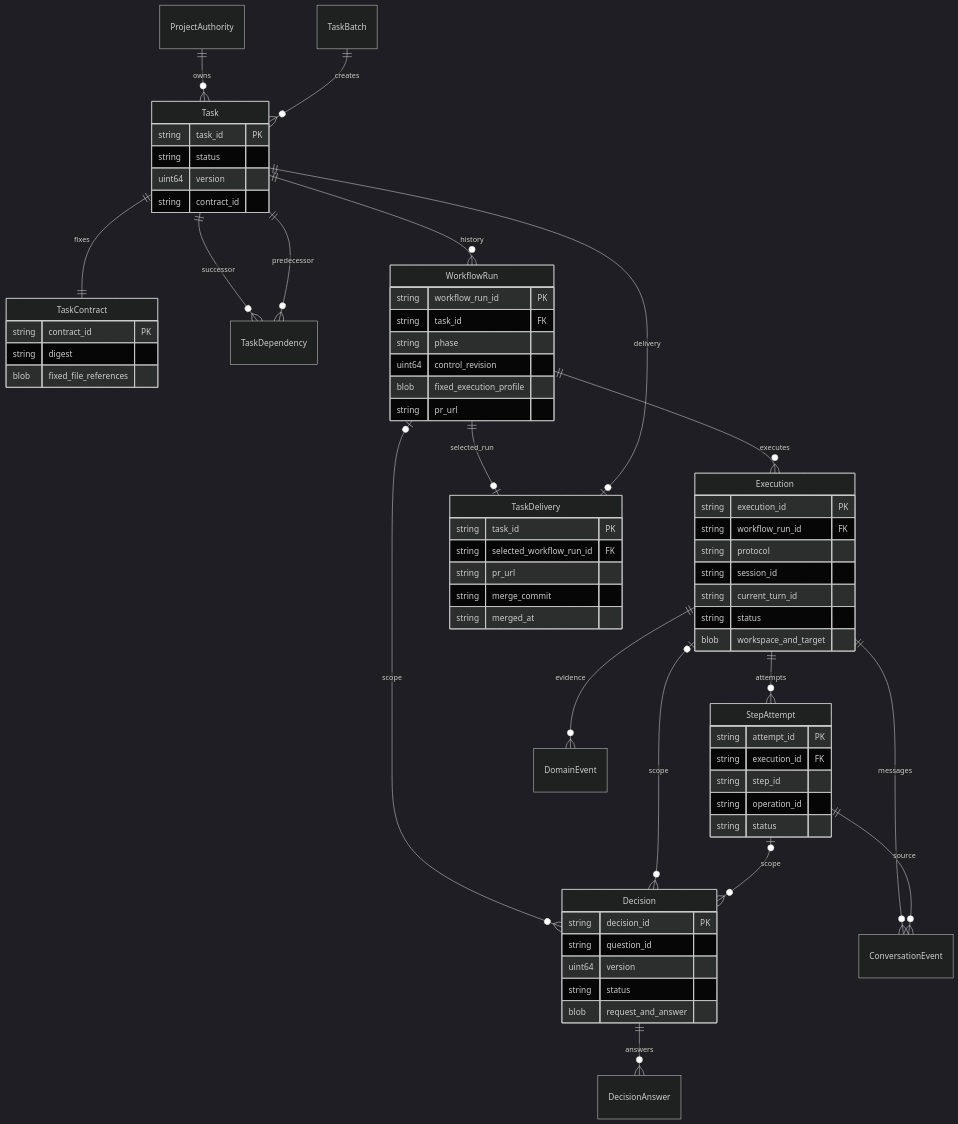
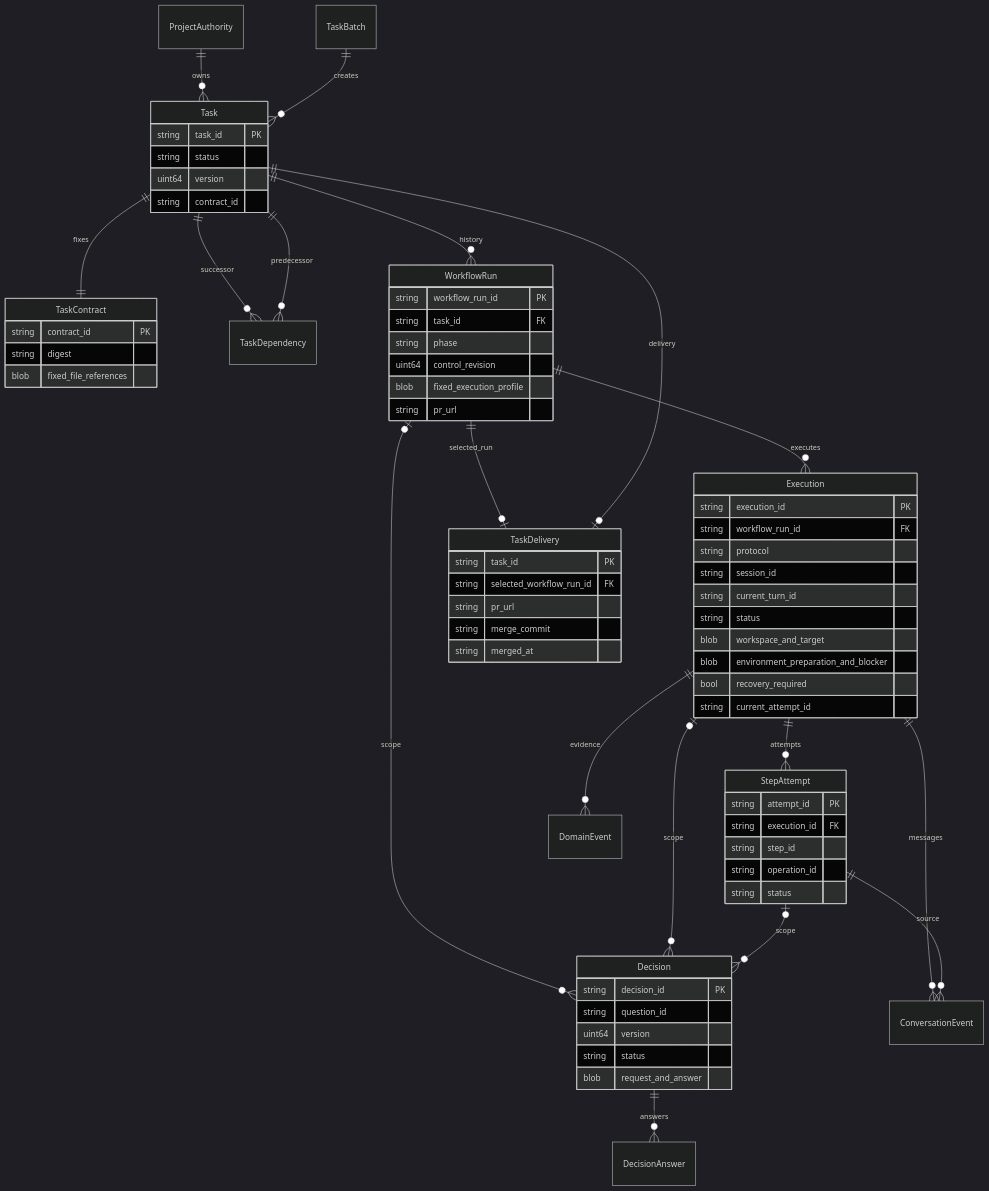
The seventh of 8 diagrams in docs/architecture/current-code-architecture.md (erranliu/SteerLine), drawn with Mermaid (dark theme) before and after one commit. The commit also changed other lines of this file and 5 other files, not shown here.

````diff
--- a/docs/architecture/current-code-architecture.md
+++ b/docs/architecture/current-code-architecture.md
@@ -274,70 +322,73 @@
 ```mermaid
 erDiagram
     ProjectAuthority ||--o{ Task : owns
     Task ||--|| TaskContract : fixes
     TaskBatch ||--o{ Task : creates
     Task ||--o{ TaskDependency : successor
     Task ||--o{ TaskDependency : predecessor
     Task ||--o{ WorkflowRun : history
     WorkflowRun ||--o{ Execution : executes
     Execution ||--o{ StepAttempt : attempts
     WorkflowRun o|--o{ Decision : scope
     Execution o|--o{ Decision : scope
     StepAttempt o|--o{ Decision : scope
     Decision ||--o{ DecisionAnswer : answers
     WorkflowRun ||--o| TaskDelivery : selected_run
     Task ||--o| TaskDelivery : delivery
     Execution ||--o{ DomainEvent : evidence
     Execution ||--o{ ConversationEvent : messages
     StepAttempt ||--o{ ConversationEvent : source
 
     Task {
         string task_id PK
         string status
         uint64 version
         string contract_id
     }
     TaskContract {
         string contract_id PK
         string digest
         blob fixed_file_references
     }
     WorkflowRun {
         string workflow_run_id PK
         string task_id FK
         string phase
         uint64 control_revision
         blob fixed_execution_profile
         string pr_url
     }
     Execution {
         string execution_id PK
         string workflow_run_id FK
         string protocol
         string session_id
         string current_turn_id
         string status
         blob workspace_and_target
+        blob environment_preparation_and_blocker
+        bool recovery_required
+        string current_attempt_id
     }
     StepAttempt {
         string attempt_id PK
         string execution_id FK
         string step_id
         string operation_id
         string status
     }
     Decision {
         string decision_id PK
         string question_id
         uint64 version
         string status
         blob request_and_answer
     }
     TaskDelivery {
         string task_id PK
         string selected_workflow_run_id FK
         string pr_url
         string merge_commit
         string merged_at
     }
 ```
````
